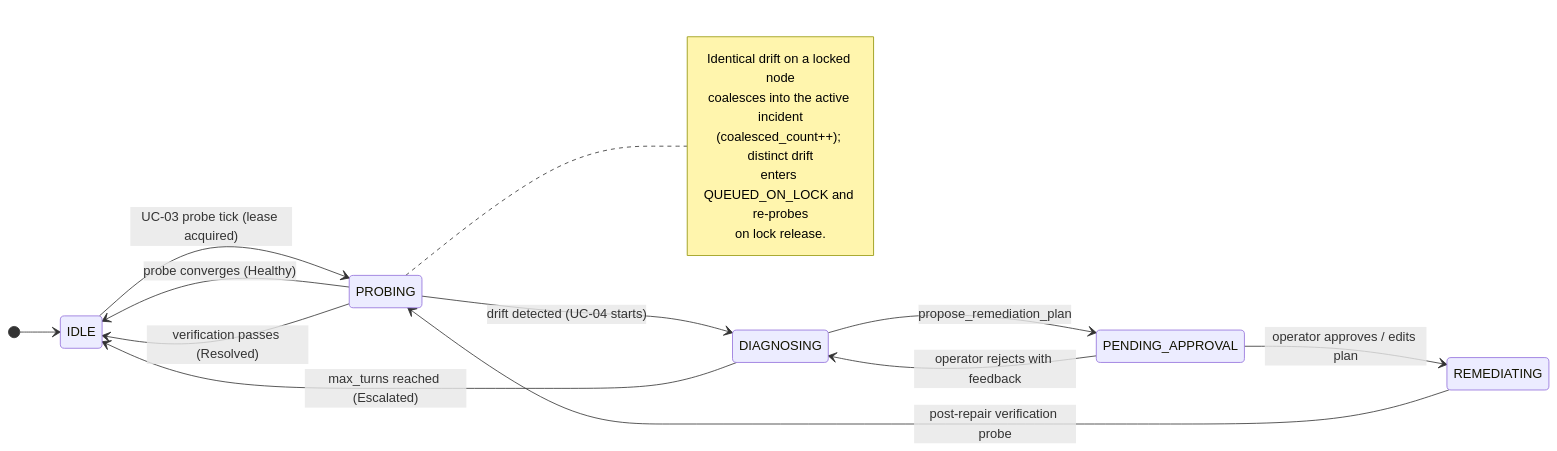
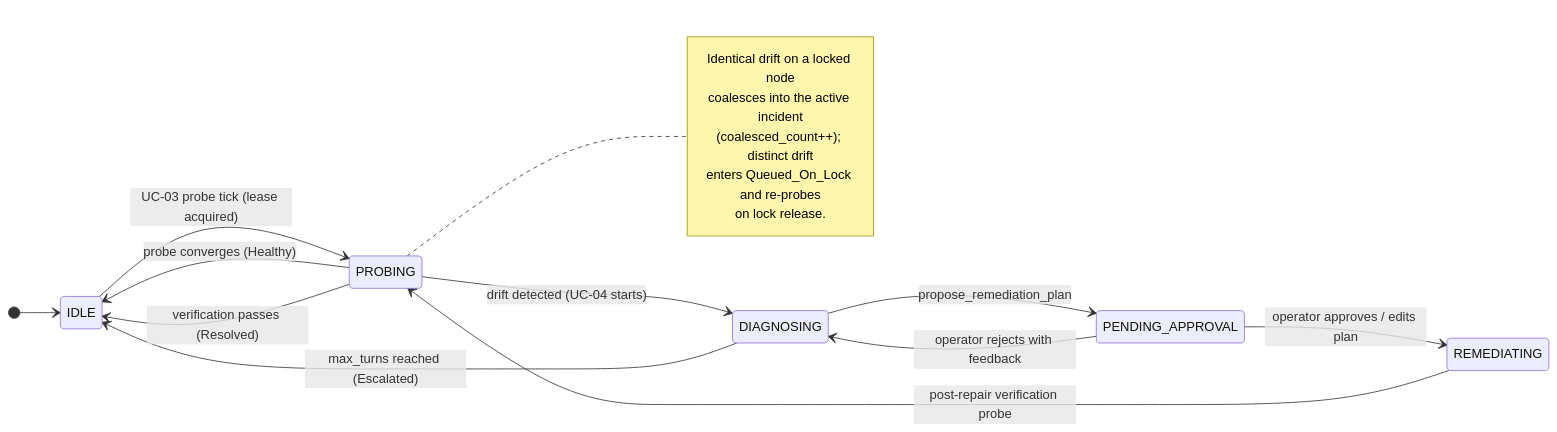
One commit to crane-fog/SAD-Proj changed the fourth of 7 diagrams in hw2/design.md. Above: the diagram before and after it, drawn with Mermaid. The commit also changed other lines of this file, not shown here.

Commit message:
fix(hw2): correct UC-04 dispatch target, unify Queued_On_Lock spelling, fix rollback state transition, add reject-path note

````diff
--- a/hw2/design.md
+++ b/hw2/design.md
@@ -344,22 +344,22 @@
 ```mermaid
 stateDiagram-v2
     direction LR
     [*] --> IDLE
     IDLE --> PROBING : UC-03 probe tick (lease acquired)
     PROBING --> IDLE : probe converges (Healthy)
     PROBING --> DIAGNOSING : drift detected (UC-04 starts)
     DIAGNOSING --> PENDING_APPROVAL : propose_remediation_plan
     PENDING_APPROVAL --> DIAGNOSING : operator rejects with feedback
     PENDING_APPROVAL --> REMEDIATING : operator approves / edits plan
     REMEDIATING --> PROBING : post-repair verification probe
     PROBING --> IDLE : verification passes (Resolved)
     DIAGNOSING --> IDLE : max_turns reached (Escalated)
 
     note right of PROBING
         Identical drift on a locked node
         coalesces into the active incident
         (coalesced_count++); distinct drift
-        enters QUEUED_ON_LOCK and re-probes
+        enters Queued_On_Lock and re-probes
         on lock release.
     end note
 ```
````
